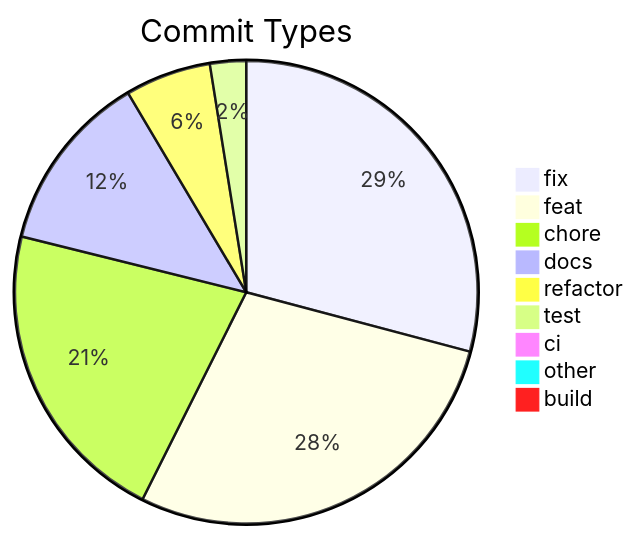
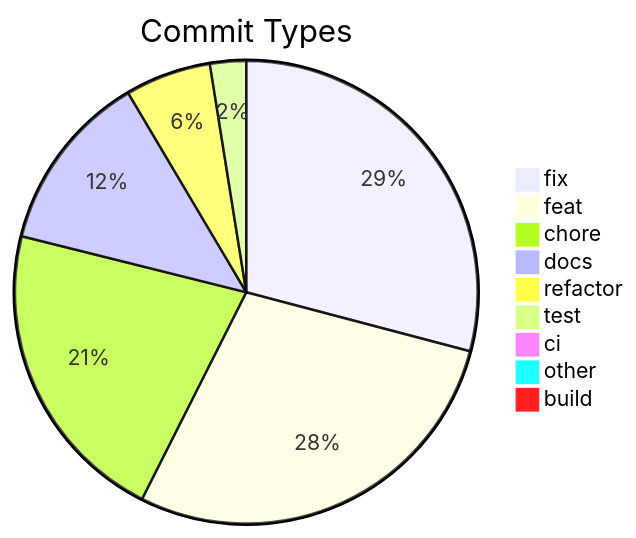
The diagram in .shipwright/compliance/change-history.md (svenroth-ai/shipwright), drawn with Mermaid before and after one commit. The commit also changed other lines of this file and 10 other files, not shown here.

````diff
--- a/.shipwright/compliance/change-history.md
+++ b/.shipwright/compliance/change-history.md
@@ -8,12 +8,12 @@
 ```mermaid
 pie title Commit Types
     "fix" : 335
-    "feat" : 325
+    "feat" : 326
     "chore" : 247
     "docs" : 145
     "refactor" : 69
     "test" : 29
     "ci" : 11
     "other" : 9
     "build" : 1
 ```
````
